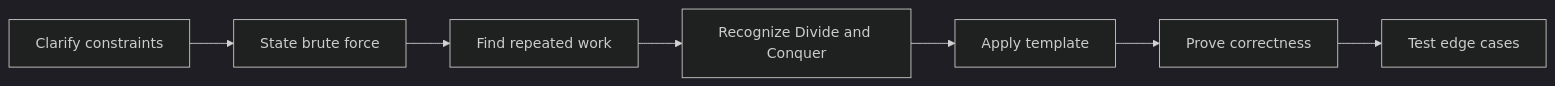
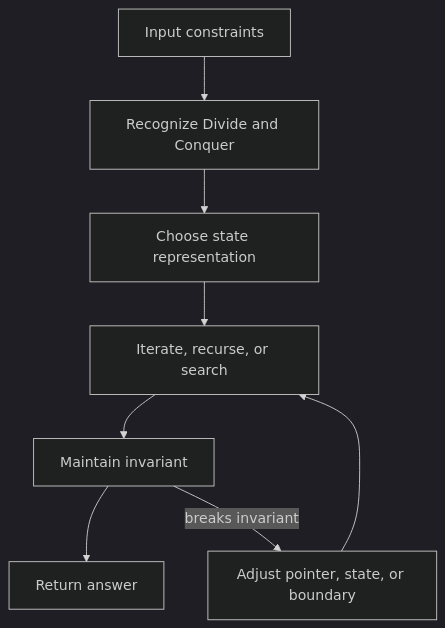
Before and after one commit to abstractinterviews/abstractinterviews.github.io: the second of 2 diagrams in coding-round/algorithms/divide-and-conquer/index.md, drawn with Mermaid (dark theme). The commit also changed other lines of this file and 278 other files, not shown here.

````diff
--- a/coding-round/algorithms/divide-and-conquer/index.md
+++ b/coding-round/algorithms/divide-and-conquer/index.md
@@ -123,9 +121,10 @@
-~~~mermaid
-flowchart LR
-    A["Clarify constraints"] --> B["State brute force"]
-    B --> C["Find repeated work"]
-    C --> D["Recognize Divide and Conquer"]
-    D --> E["Apply template"]
-    E --> F["Prove correctness"]
-    F --> G["Test edge cases"]
-~~~
+```mermaid
+flowchart TD
+    Input["Input constraints"] --> Pattern["Recognize Divide and Conquer"]
+    Pattern --> State["Choose state representation"]
+    State --> Iterate["Iterate, recurse, or search"]
+    Iterate --> Check["Maintain invariant"]
+    Check --> Result["Return answer"]
+    Check -->|breaks invariant| Fix["Adjust pointer, state, or boundary"]
+    Fix --> Iterate
+```
````
